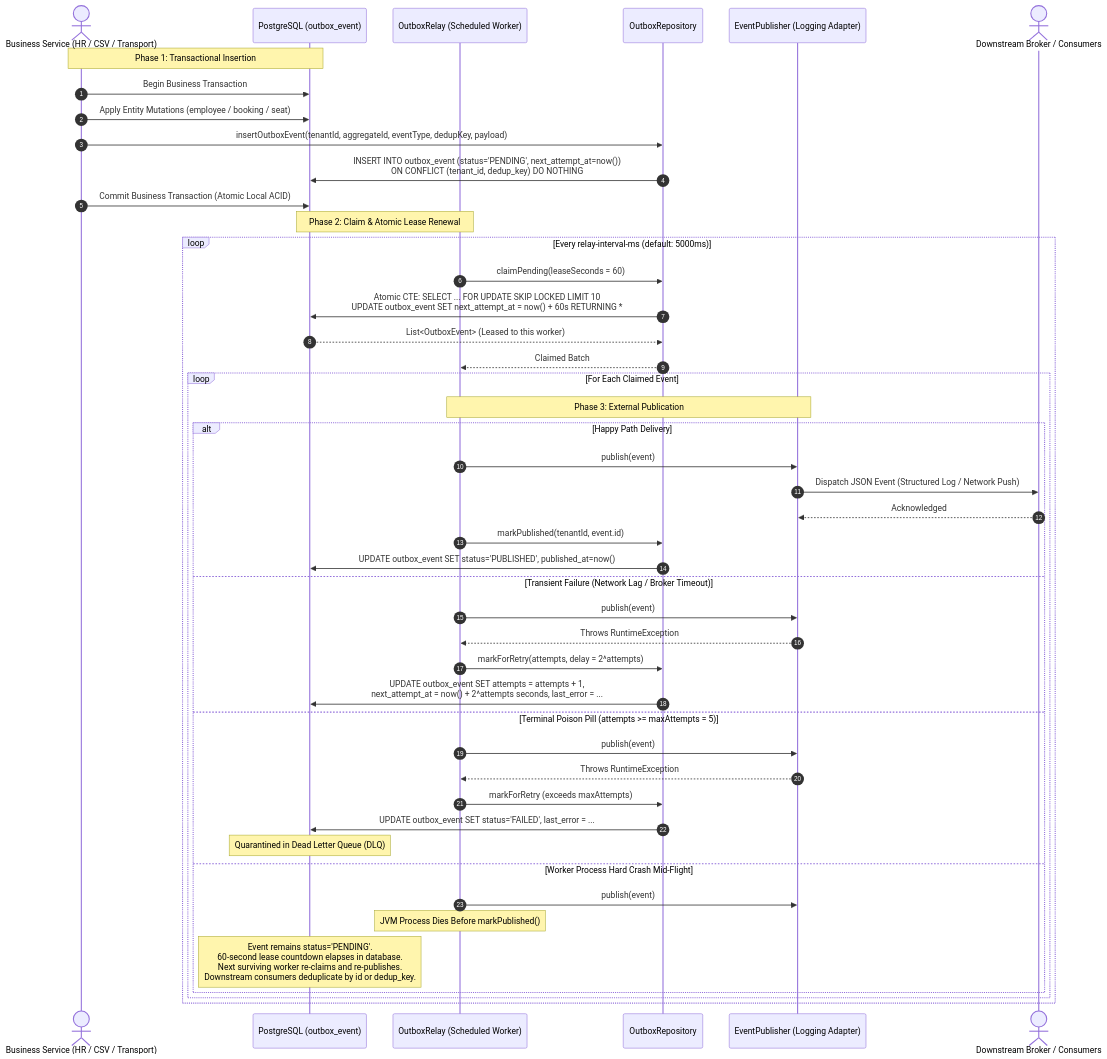
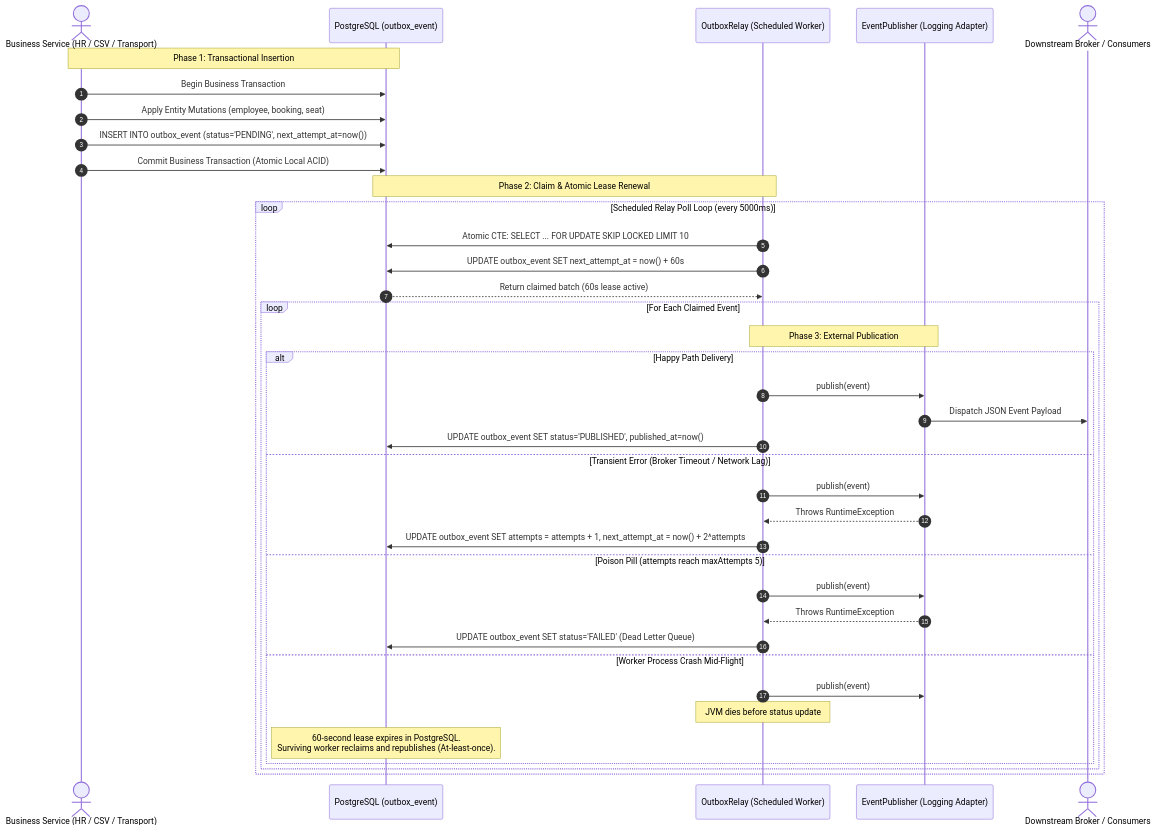
One commit to parth-1372/RosterGuard changed the fourth of 5 diagrams in docs/DESIGN.md. Above: the diagram before and after it, drawn with Mermaid. The commit also changed other lines of this file, not shown here.

Commit message:
fix(docs): resolve sequence diagram mermaid syntax and simplify csv flow

````diff
--- a/docs/DESIGN.md
+++ b/docs/DESIGN.md
@@ -396,51 +351,43 @@
 ```mermaid
 sequenceDiagram
     autonumber
     actor App as Business Service (HR / CSV / Transport)
     participant DB as PostgreSQL (outbox_event)
     participant Relay as OutboxRelay (Scheduled Worker)
-    participant Repo as OutboxRepository
     participant Pub as EventPublisher (Logging Adapter)
     actor Broker as Downstream Broker / Consumers
 
     Note over App, DB: Phase 1: Transactional Insertion
     App->>DB: Begin Business Transaction
-    App->>DB: Apply Entity Mutations (employee / booking / seat)
-    App->>Repo: insertOutboxEvent(tenantId, aggregateId, eventType, dedupKey, payload)
-    Repo->>DB: INSERT INTO outbox_event (status='PENDING', next_attempt_at=now())<br/>ON CONFLICT (tenant_id, dedup_key) DO NOTHING
+    App->>DB: Apply Entity Mutations (employee, booking, seat)
+    App->>DB: INSERT INTO outbox_event (status='PENDING', next_attempt_at=now())
     App->>DB: Commit Business Transaction (Atomic Local ACID)
 
     Note over Relay, DB: Phase 2: Claim & Atomic Lease Renewal
-    loop Every relay-interval-ms (default: 5000ms)
-        Relay->>Repo: claimPending(leaseSeconds = 60)
-        Repo->>DB: Atomic CTE: SELECT ... FOR UPDATE SKIP LOCKED LIMIT 10<br/>UPDATE outbox_event SET next_attempt_at = now() + 60s RETURNING *
-        DB-->>Repo: List<OutboxEvent> (Leased to this worker)
-        Repo-->>Relay: Claimed Batch
+    loop Scheduled Relay Poll Loop (every 5000ms)
+        Relay->>DB: Atomic CTE: SELECT ... FOR UPDATE SKIP LOCKED LIMIT 10
+        Relay->>DB: UPDATE outbox_event SET next_attempt_at = now() + 60s
+        DB-->>Relay: Return claimed batch (60s lease active)
         
         loop For Each Claimed Event
             Note over Relay, Pub: Phase 3: External Publication
             alt Happy Path Delivery
                 Relay->>Pub: publish(event)
-                Pub->>Broker: Dispatch JSON Event (Structured Log / Network Push)
-                Broker-->>Pub: Acknowledged
-                Relay->>Repo: markPublished(tenantId, event.id)
-                Repo->>DB: UPDATE outbox_event SET status='PUBLISHED', published_at=now()
-            else Transient Failure (Network Lag / Broker Timeout)
+                Pub->>Broker: Dispatch JSON Event Payload
+                Relay->>DB: UPDATE outbox_event SET status='PUBLISHED', published_at=now()
+            else Transient Error (Broker Timeout / Network Lag)
                 Relay->>Pub: publish(event)
                 Pub-->>Relay: Throws RuntimeException
-                Relay->>Repo: markForRetry(attempts, delay = 2^attempts)
-                Repo->>DB: UPDATE outbox_event SET attempts = attempts + 1,<br/>next_attempt_at = now() + 2^attempts seconds, last_error = ...
-            else Terminal Poison Pill (attempts >= maxAttempts = 5)
+                Relay->>DB: UPDATE outbox_event SET attempts = attempts + 1, next_attempt_at = now() + 2^attempts
+            else Poison Pill (attempts reach maxAttempts 5)
                 Relay->>Pub: publish(event)
                 Pub-->>Relay: Throws RuntimeException
-                Relay->>Repo: markForRetry (exceeds maxAttempts)
-                Repo->>DB: UPDATE outbox_event SET status='FAILED', last_error = ...
-                Note over DB: Quarantined in Dead Letter Queue (DLQ)
-            else Worker Process Hard Crash Mid-Flight
+                Relay->>DB: UPDATE outbox_event SET status='FAILED' (Dead Letter Queue)
+            else Worker Process Crash Mid-Flight
                 Relay->>Pub: publish(event)
-                Note over Relay: JVM Process Dies Before markPublished()
-                Note over DB: Event remains status='PENDING'.<br/>60-second lease countdown elapses in database.<br/>Next surviving worker re-claims and re-publishes.<br/>Downstream consumers deduplicate by id or dedup_key.
+                Note over Relay: JVM dies before status update
+                Note over DB: 60-second lease expires in PostgreSQL.<br/>Surviving worker reclaims and republishes (At-least-once).
             end
         end
     end
 ```
````
